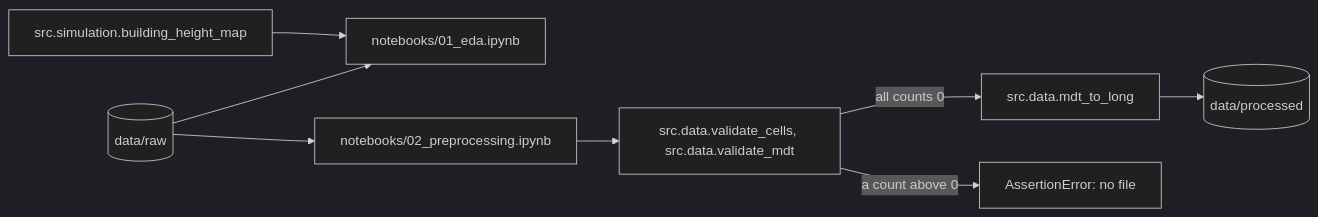
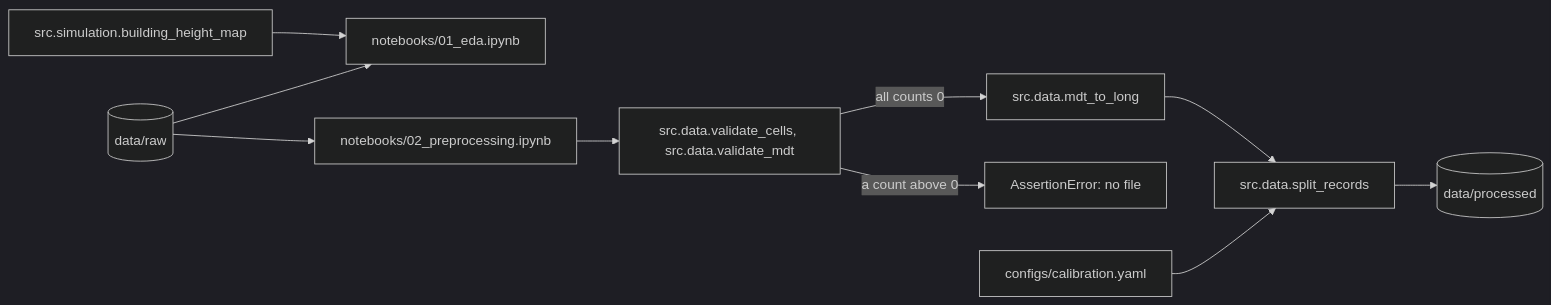
One commit to Wombat-Engineers/radio-calibration changed the second of 3 diagrams in README.md. Above: the diagram before and after it, drawn with Mermaid (dark theme). The commit also changed other lines of this file and 19 other files, not shown here.

````diff
--- a/README.md
+++ b/README.md
@@ -274,10 +282,12 @@
 ```mermaid
 flowchart LR
     raw[(data/raw)] --> eda[notebooks/01_eda.ipynb]
     scene[src.simulation.building_height_map] --> eda
     raw --> pre[notebooks/02_preprocessing.ipynb]
     pre --> val[src.data.validate_cells, src.data.validate_mdt]
     val -- all counts 0 --> long[src.data.mdt_to_long]
     val -- a count above 0 --> stop[AssertionError: no file]
-    long --> out[(data/processed)]
+    split_cfg[configs/calibration.yaml] --> split[src.data.split_records]
+    long --> split
+    split --> out[(data/processed)]
 ```
````
